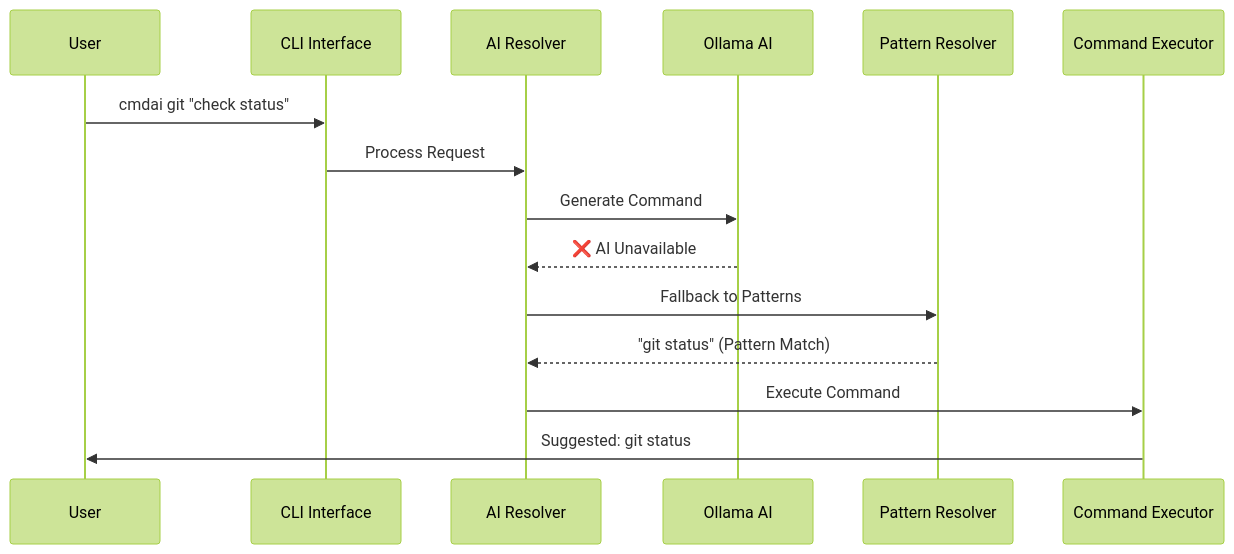
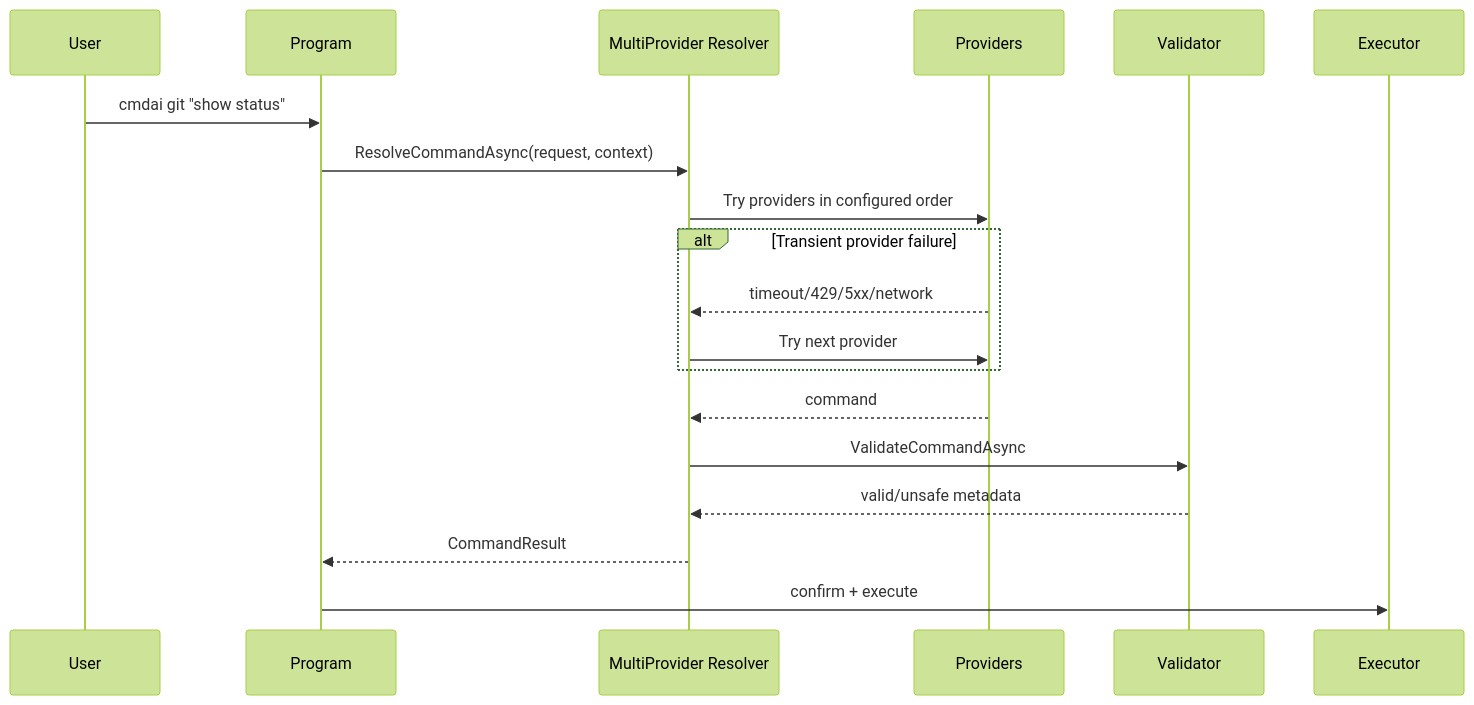
Before and after one commit to yoshiwatanabe/cmdai: the second of 2 diagrams in ARCHITECTURE.md, drawn with Mermaid (forest theme). The commit also changed other lines of this file and 21 other files, not shown here.

````diff
--- a/ARCHITECTURE.md
+++ b/ARCHITECTURE.md
@@ -78,18 +92,22 @@
 ```mermaid
 sequenceDiagram
     participant U as User
-    participant CLI as CLI Interface
-    participant AIR as AI Resolver
-    participant OAI as Ollama AI
-    participant PR as Pattern Resolver
-    participant CE as Command Executor
-    
-    U->>CLI: cmdai git "check status"
-    CLI->>AIR: Process Request
-    AIR->>OAI: Generate Command
-    OAI-->>AIR: ❌ AI Unavailable
-    AIR->>PR: Fallback to Patterns
-    PR-->>AIR: "git status" (Pattern Match)
-    AIR->>CE: Execute Command
-    CE->>U: Suggested: git status
+    participant CLI as Program
+    participant R as MultiProvider Resolver
+    participant P as Providers
+    participant V as Validator
+    participant E as Executor
+
+    U->>CLI: cmdai git "show status"
+    CLI->>R: ResolveCommandAsync(request, context)
+    R->>P: Try providers in configured order
+    alt Transient provider failure
+        P-->>R: timeout/429/5xx/network
+        R->>P: Try next provider
+    end
+    P-->>R: command
+    R->>V: ValidateCommandAsync
+    V-->>R: valid/unsafe metadata
+    R-->>CLI: CommandResult
+    CLI->>E: confirm + execute
 ```
````
